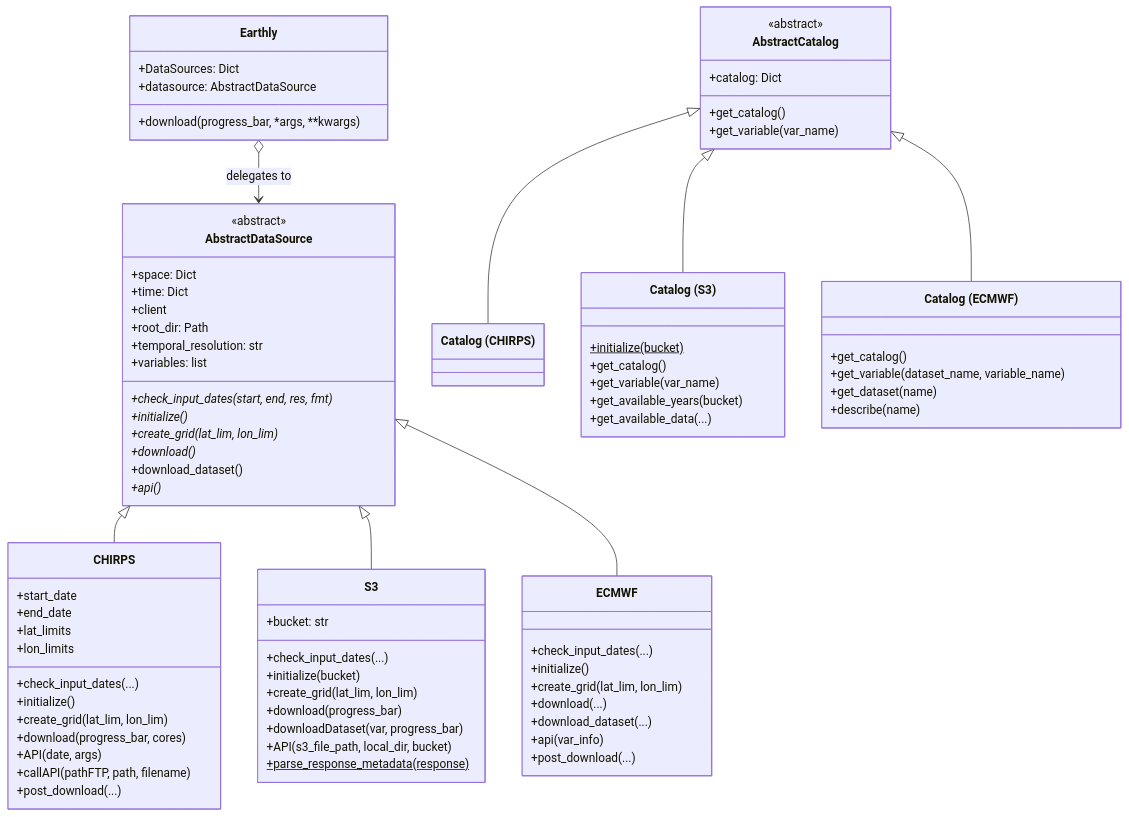
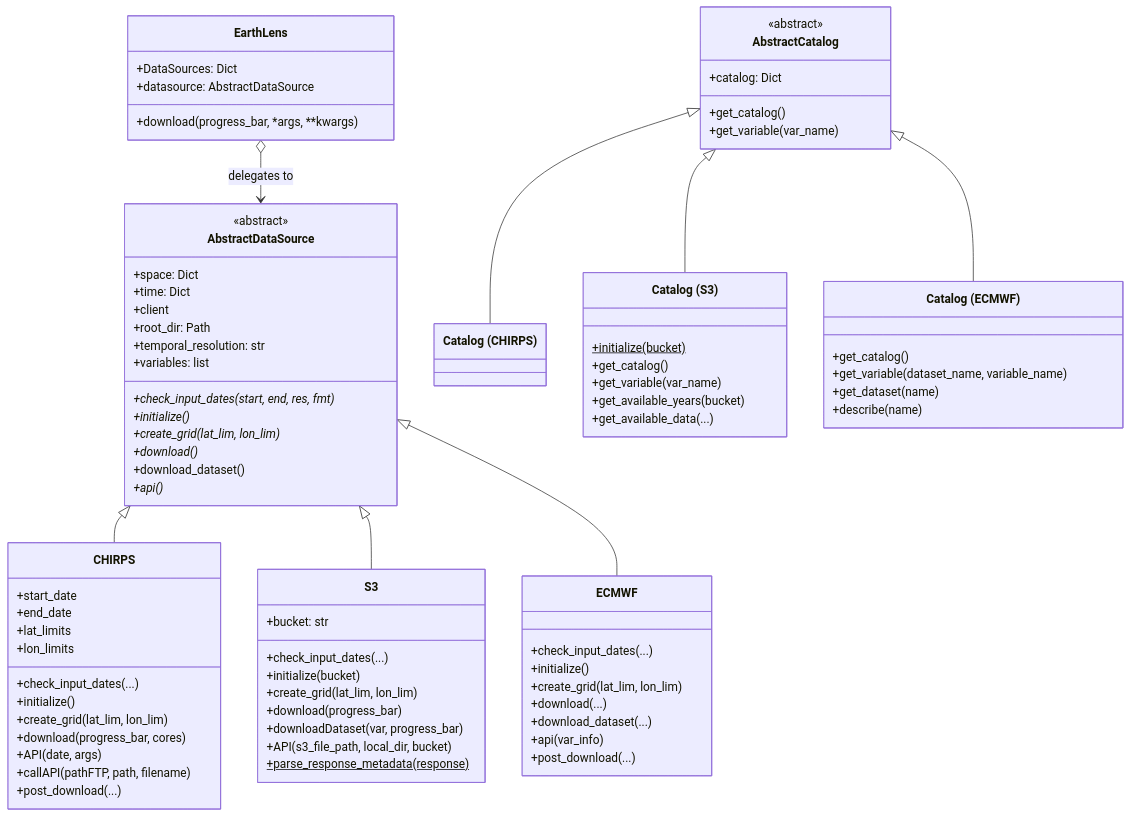
The second of 5 diagrams in docs/overview/architecture.md (serapeum-org/earthly), drawn with Mermaid before and after one commit. The commit also changed other lines of this file and 86 other files, not shown here.

```diff
--- a/docs/overview/architecture.md
+++ b/docs/overview/architecture.md
@@ -85,7 +85,7 @@
         +post_download(...)
     }
 
-    class Earthly {
+    class EarthLens {
         +DataSources: Dict
         +datasource: AbstractDataSource
         +download(progress_bar, *args, **kwargs)
@@ -94,7 +94,7 @@
     AbstractDataSource <|-- CHIRPS
     AbstractDataSource <|-- S3
     AbstractDataSource <|-- ECMWF
-    Earthly o--> AbstractDataSource : delegates to
+    EarthLens o--> AbstractDataSource : delegates to
     AbstractCatalog <|-- CHIRPS_Catalog
     AbstractCatalog <|-- S3_Catalog
     AbstractCatalog <|-- ECMWF_Catalog
```
